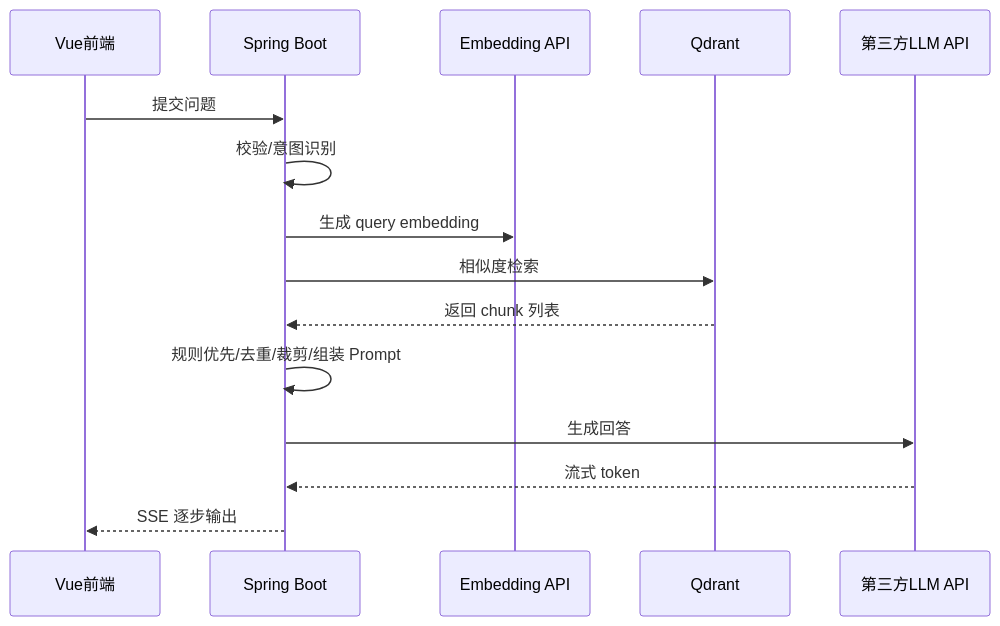
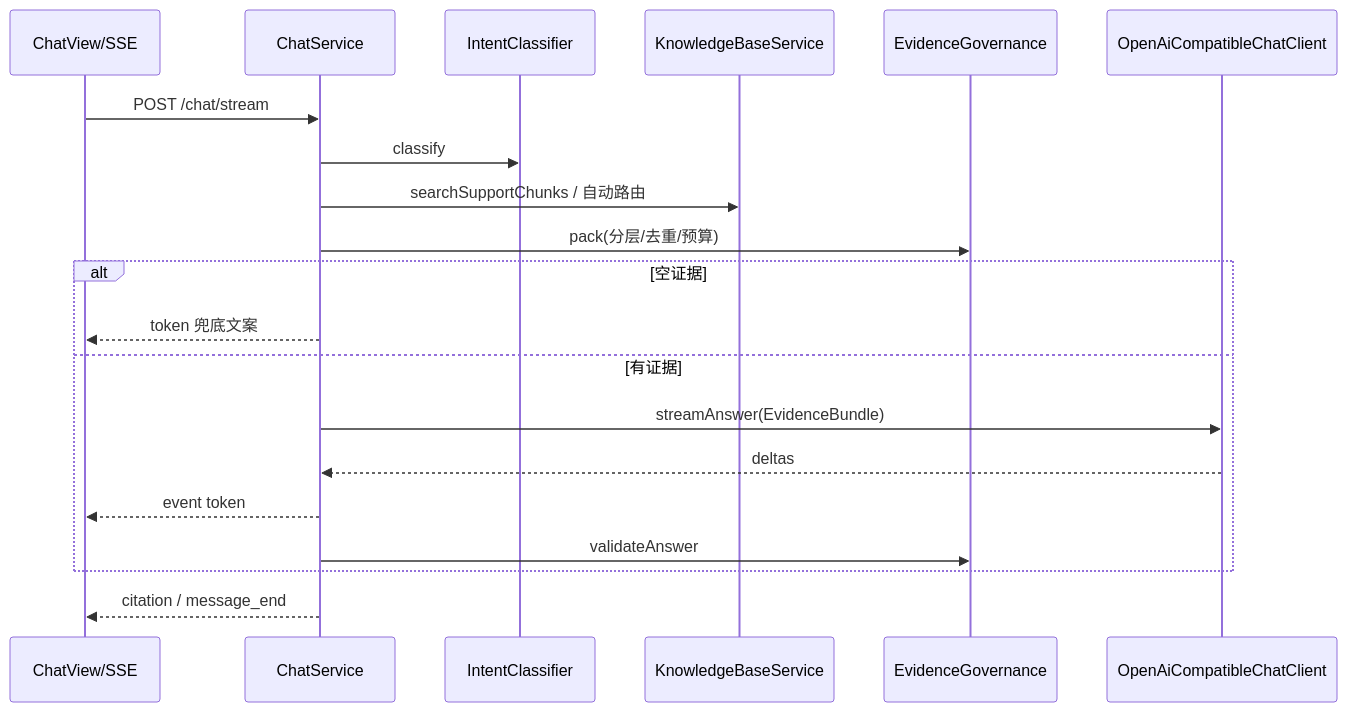
The second of 4 diagrams in docs/业务流程说明.md (farhub-wq/AI-), drawn with Mermaid before and after one commit. The commit also changed other lines of this file and 5 other files, not shown here.

````diff
--- a/docs/业务流程说明.md
+++ b/docs/业务流程说明.md
@@ -45,18 +53,23 @@
 ```mermaid
 sequenceDiagram
-    participant FE as Vue前端
-    participant API as Spring Boot
-    participant EMB as Embedding API
-    participant VDB as Qdrant
-    participant LLM as 第三方LLM API
+    participant FE as ChatView/SSE
+    participant CS as ChatService
+    participant IC as IntentClassifier
+    participant KB as KnowledgeBaseService
+    participant EG as EvidenceGovernance
+    participant LLM as OpenAiCompatibleChatClient
 
-    FE->>API: 提交问题
-    API->>API: 校验/意图识别
-    API->>EMB: 生成 query embedding
-    API->>VDB: 相似度检索
-    VDB-->>API: 返回 chunk 列表
-    API->>API: 规则优先/去重/裁剪/组装 Prompt
-    API->>LLM: 生成回答
-    LLM-->>API: 流式 token
-    API-->>FE: SSE 逐步输出
+    FE->>CS: POST /chat/stream
+    CS->>IC: classify
+    CS->>KB: searchSupportChunks / 自动路由
+    CS->>EG: pack(分层/去重/预算)
+    alt 空证据
+        CS-->>FE: token 兜底文案
+    else 有证据
+        CS->>LLM: streamAnswer(EvidenceBundle)
+        LLM-->>CS: deltas
+        CS-->>FE: event token
+        CS->>EG: validateAnswer
+    end
+    CS-->>FE: citation / message_end
 ```
````
